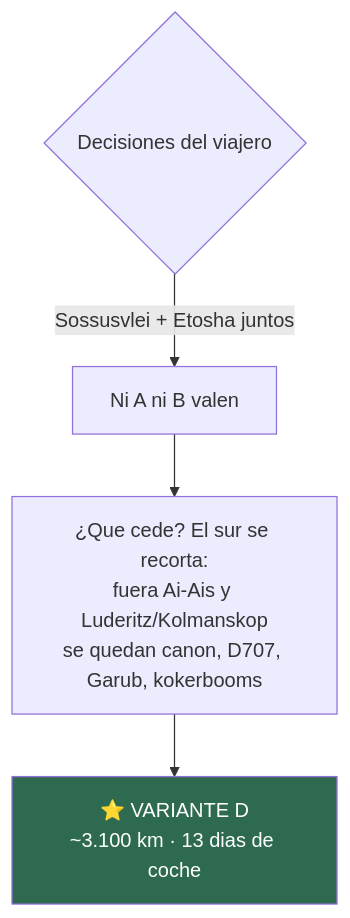
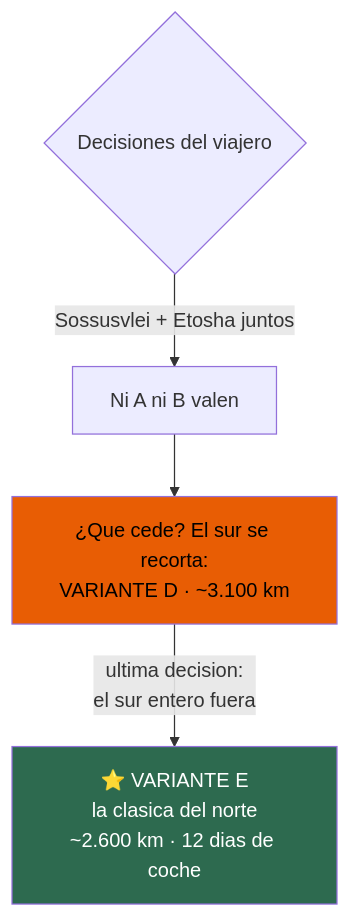
One commit to morandeirachema/namibia changed the ninth of 9 diagrams in 11-itinerarios-dia-a-dia.md. Above: the diagram before and after it, drawn with Mermaid. The commit also changed other lines of this file and 1 other file, not shown here.

Commit message:
Actualizar el itinerario y el analisis de lluvias a las decisiones finales: Budget cerrada, 12 dias de coche y Etosha al final

````diff
--- a/11-itinerarios-dia-a-dia.md
+++ b/11-itinerarios-dia-a-dia.md
@@ -743,8 +757,9 @@
 ```mermaid
 flowchart TD
     D1{"Decisiones del viajero"}
     D1 -->|"Sossusvlei + Etosha juntos"| D2["Ni A ni B valen"]
-    D2 --> D3["¿Que cede? El sur se recorta:<br/>fuera Ai-Ais y Luderitz/Kolmanskop<br/>se quedan canon, D707, Garub, kokerbooms"]
-    D3 --> D["⭐ VARIANTE D<br/>~3.100 km · 13 dias de coche"]
-    style D fill:#2d6a4f,color:#fff
+    D2 --> D3["¿Que cede? El sur se recorta:<br/>VARIANTE D · ~3.100 km"]
+    D3 -->|"ultima decision:<br/>el sur entero fuera"| E["⭐ VARIANTE E<br/>la clasica del norte<br/>~2.600 km · 12 dias de coche"]
+    style D3 fill:#e85d04,color:#000
+    style E fill:#2d6a4f,color:#fff
 ```
````
